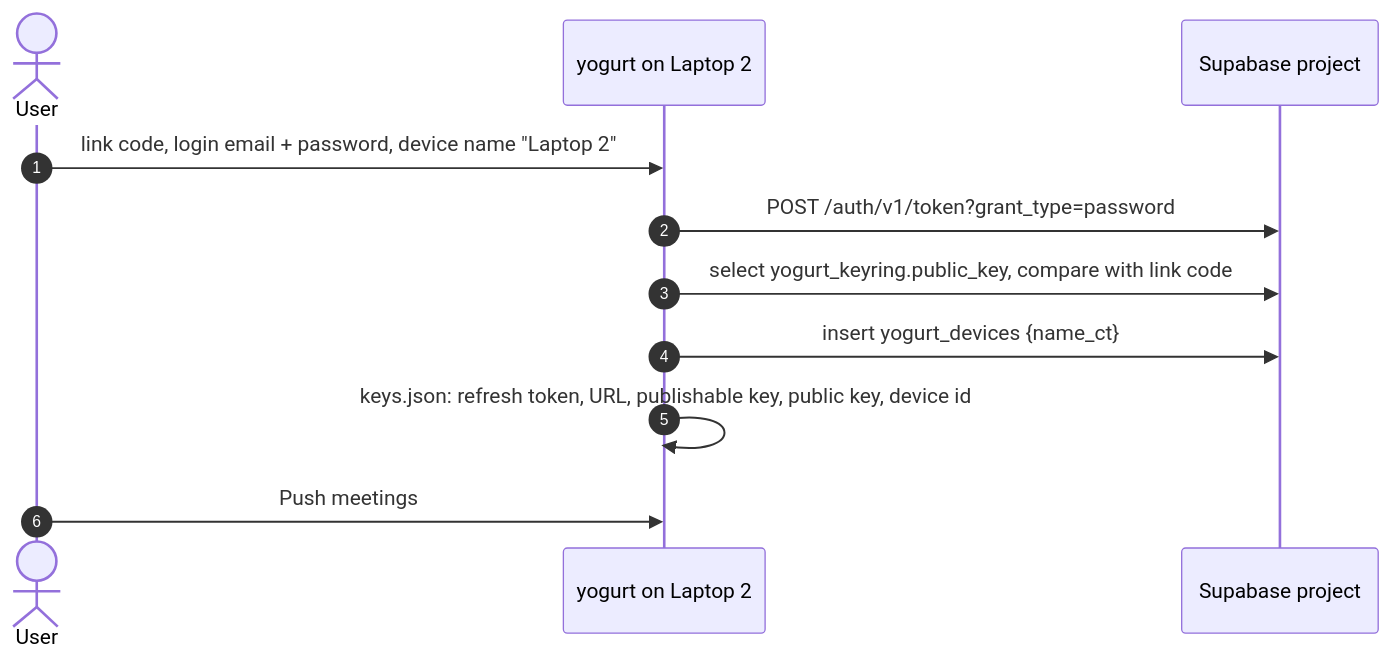
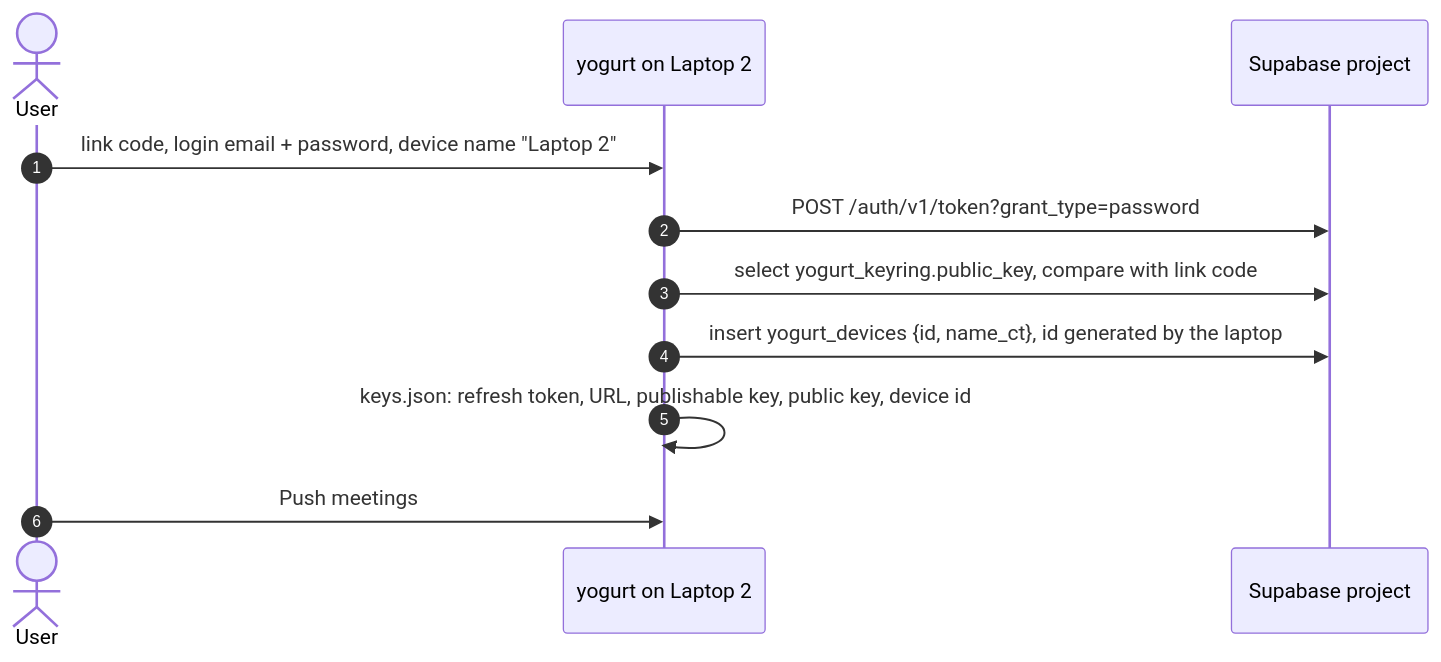
One commit to jarvisrchen/yogurt changed the fourth of 5 diagrams in docs/.planning/sync-cloud-mirror-design.md. Above: the diagram before and after it, drawn with Mermaid. The commit also changed other lines of this file and 19 other files, not shown here.

First line of the commit message:
SYNC-1: yogurt-cloud crate with encryption, link code, schema, and fixtures (#150)

````diff
--- a/docs/.planning/sync-cloud-mirror-design.md
+++ b/docs/.planning/sync-cloud-mirror-design.md
@@ -265,14 +301,14 @@
 ```mermaid
 sequenceDiagram
   autonumber
   actor U as User
   participant Y as yogurt on Laptop 2
   participant P as Supabase project
 
   U->>Y: link code, login email + password, device name "Laptop 2"
   Y->>P: POST /auth/v1/token?grant_type=password
   Y->>P: select yogurt_keyring.public_key, compare with link code
-  Y->>P: insert yogurt_devices {name_ct}
+  Y->>P: insert yogurt_devices {id, name_ct}, id generated by the laptop
   Y->>Y: keys.json: refresh token, URL, publishable key, public key, device id
   U->>Y: Push meetings
 ```
````
